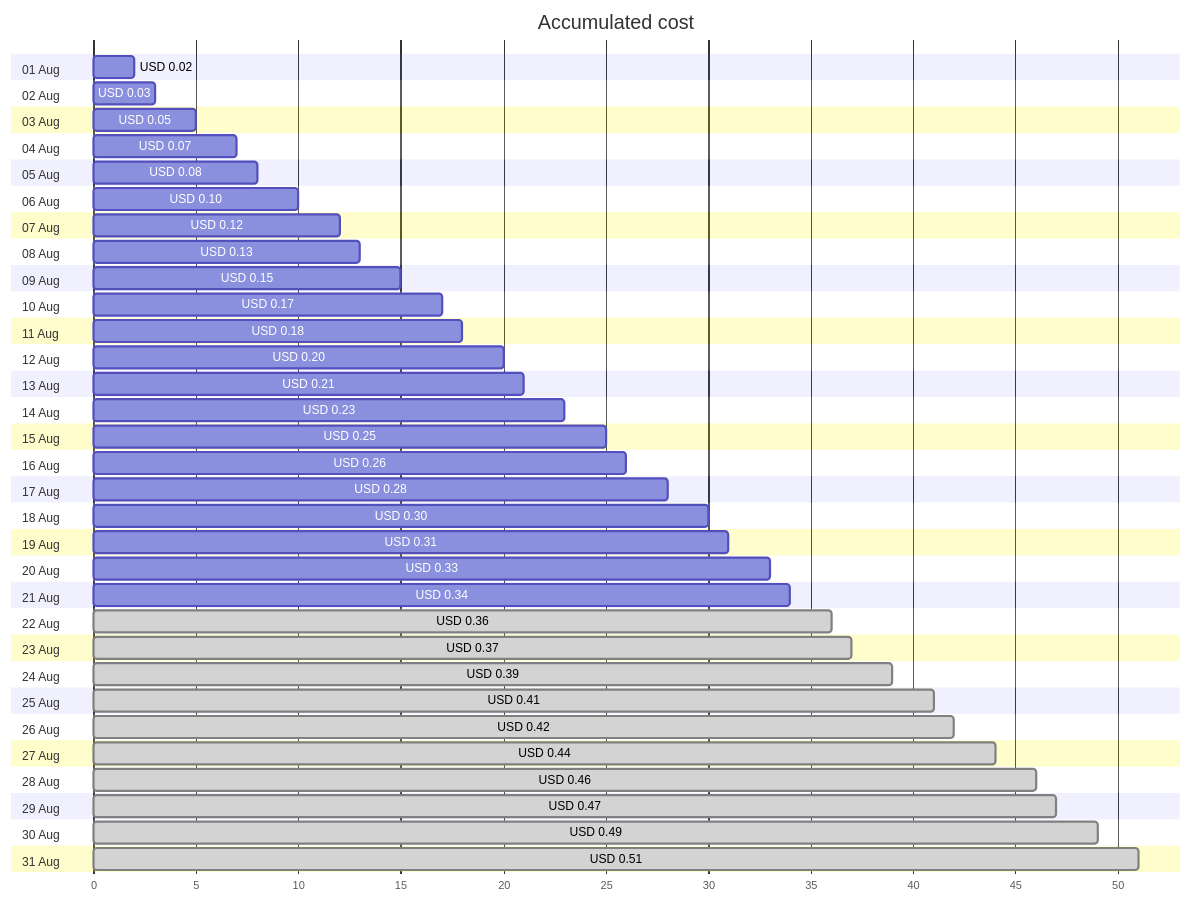
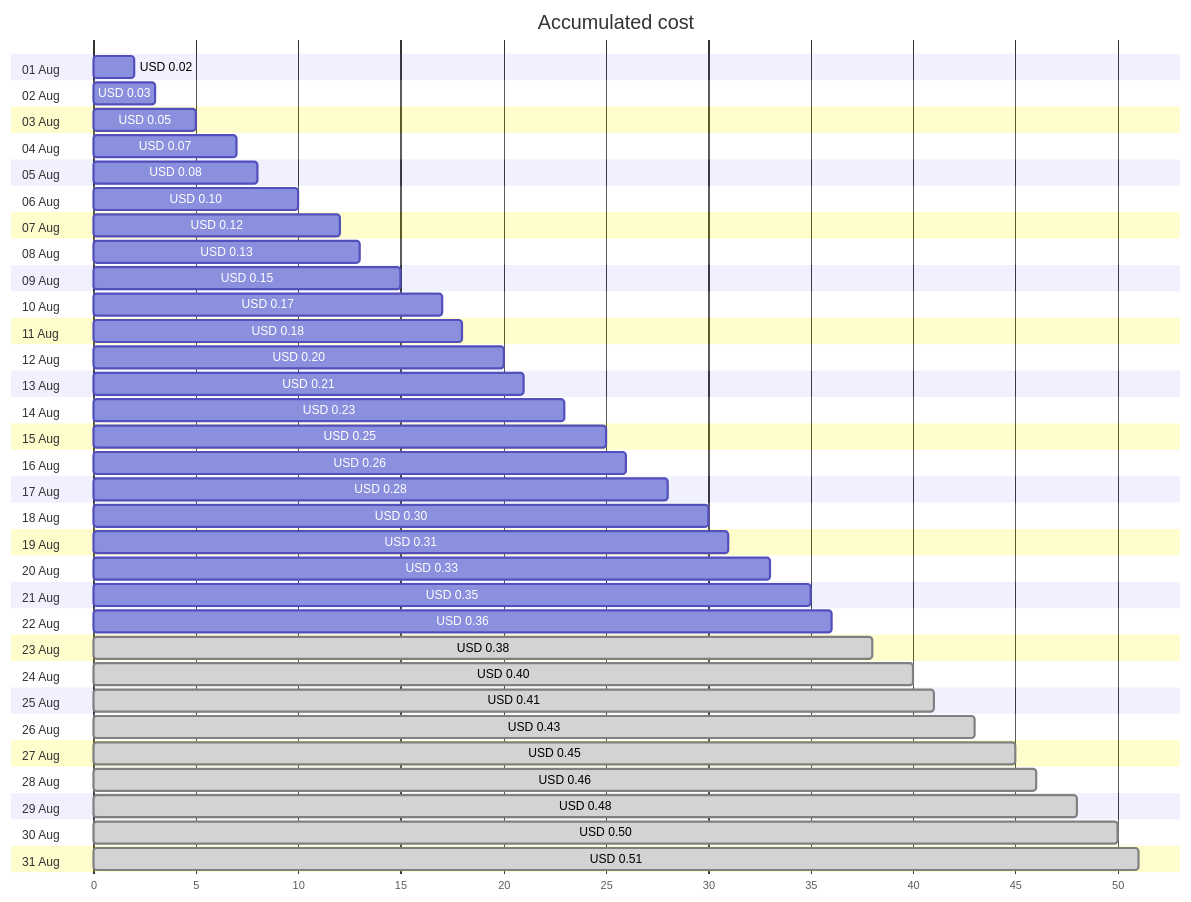
The first of 4 diagrams in cost-reports/personal-dns/jpatrickfulton.dev.md (jpfulton/azure-personal-reports), drawn with Mermaid before and after one commit. The commit also changed other lines of this file and 2 other files, not shown here.

````diff
--- a/cost-reports/personal-dns/jpatrickfulton.dev.md
+++ b/cost-reports/personal-dns/jpatrickfulton.dev.md
@@ -20,68 +20,68 @@
 ```mermaid
 gantt
    title Accumulated cost
    dateFormat  X
    axisFormat %s
    section 01 Aug
    USD 0.02 :0, 2
    section 02 Aug
    USD 0.03 :0, 3
    section 03 Aug
    USD 0.05 :0, 5
    section 04 Aug
    USD 0.07 :0, 7
    section 05 Aug
    USD 0.08 :0, 8
    section 06 Aug
    USD 0.10 :0, 10
    section 07 Aug
    USD 0.12 :0, 12
    section 08 Aug
    USD 0.13 :0, 13
    section 09 Aug
    USD 0.15 :0, 15
    section 10 Aug
    USD 0.17 :0, 17
    section 11 Aug
    USD 0.18 :0, 18
    section 12 Aug
    USD 0.20 :0, 20
    section 13 Aug
    USD 0.21 :0, 21
    section 14 Aug
    USD 0.23 :0, 23
    section 15 Aug
    USD 0.25 :0, 25
    section 16 Aug
    USD 0.26 :0, 26
    section 17 Aug
    USD 0.28 :0, 28
    section 18 Aug
    USD 0.30 :0, 30
    section 19 Aug
    USD 0.31 :0, 31
    section 20 Aug
    USD 0.33 :0, 33
    section 21 Aug
-   USD 0.34 :0, 34
+   USD 0.35 :0, 35
    section 22 Aug
-   USD 0.36 : done, 0, 36
+   USD 0.36 :0, 36
    section 23 Aug
-   USD 0.37 : done, 0, 37
+   USD 0.38 : done, 0, 38
    section 24 Aug
-   USD 0.39 : done, 0, 39
+   USD 0.40 : done, 0, 40
    section 25 Aug
    USD 0.41 : done, 0, 41
    section 26 Aug
-   USD 0.42 : done, 0, 42
+   USD 0.43 : done, 0, 43
    section 27 Aug
-   USD 0.44 : done, 0, 44
+   USD 0.45 : done, 0, 45
    section 28 Aug
    USD 0.46 : done, 0, 46
    section 29 Aug
-   USD 0.47 : done, 0, 47
+   USD 0.48 : done, 0, 48
    section 30 Aug
-   USD 0.49 : done, 0, 49
+   USD 0.50 : done, 0, 50
    section 31 Aug
    USD 0.51 : done, 0, 51
 ```
````
